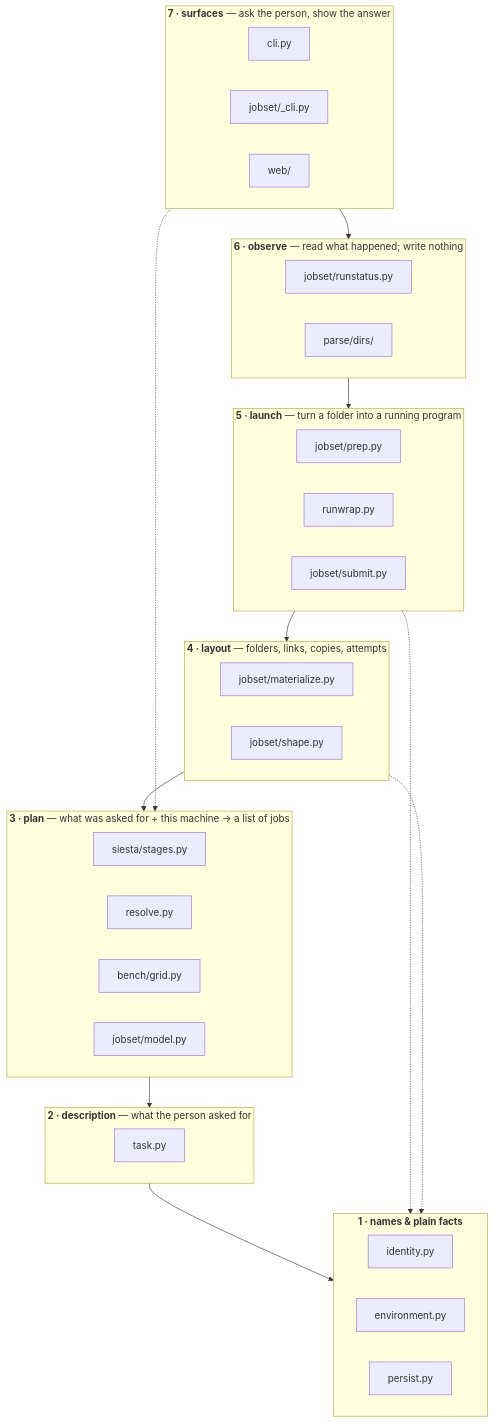
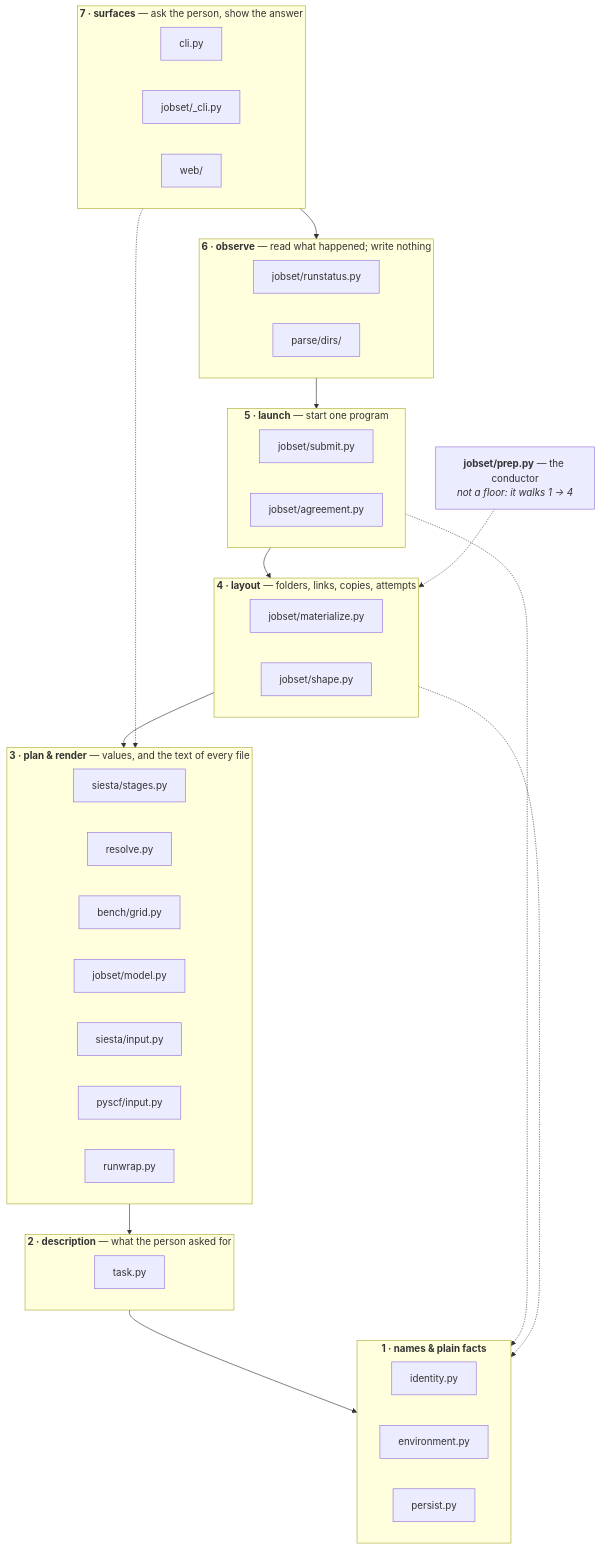
The second of 9 diagrams in docs/execution/architecture.md (Qing-LAB/molbuilder), drawn with Mermaid before and after one commit. The commit also changed other lines of this file and 106 other files, not shown here.

````diff
--- a/docs/execution/architecture.md
+++ b/docs/execution/architecture.md
@@ -160,35 +160,38 @@
 ```mermaid
 flowchart TB
     subgraph F7["<b>7 · surfaces</b> — ask the person, show the answer"]
       direction LR
       S1["cli.py"]; S2["jobset/_cli.py"]; S3["web/"]
     end
     subgraph F6["<b>6 · observe</b> — read what happened; write nothing"]
       direction LR
       O1["jobset/runstatus.py"]; O2["parse/dirs/"]
     end
-    subgraph F5["<b>5 · launch</b> — turn a folder into a running program"]
+    subgraph F5["<b>5 · launch</b> — start one program"]
       direction LR
-      U1["jobset/prep.py"]; U2["runwrap.py"]; U3["jobset/submit.py"]
+      U3["jobset/submit.py"]; U4["jobset/agreement.py"]
     end
     subgraph F4["<b>4 · layout</b> — folders, links, copies, attempts"]
       direction LR
       Y1["jobset/materialize.py"]; Y2["jobset/shape.py"]
     end
-    subgraph F3["<b>3 · plan</b> — what was asked for + this machine → a list of jobs"]
+    subgraph F3["<b>3 · plan &amp; render</b> — values, and the text of every file"]
       direction LR
       P1["siesta/stages.py"]; P2["resolve.py"]; P3["bench/grid.py"]; P4["jobset/model.py"]
+      P5["siesta/input.py"]; P6["pyscf/input.py"]; P7["runwrap.py"]
     end
     subgraph F2["<b>2 · description</b> — what the person asked for"]
       direction LR
       D1["task.py"]
     end
     subgraph F1["<b>1 · names &amp; plain facts</b>"]
       direction LR
       N1["identity.py"]; N2["environment.py"]; N3["persist.py"]
     end
     F7 --> F6 --> F5 --> F4 --> F3 --> F2 --> F1
     F5 -.-> F1
     F4 -.-> F1
     F7 -.-> F3
+    PREP["<b>jobset/prep.py</b> — the conductor<br/><i>not a floor: it walks 1 → 4</i>"]
+    PREP -.-> F4
 ```
````
